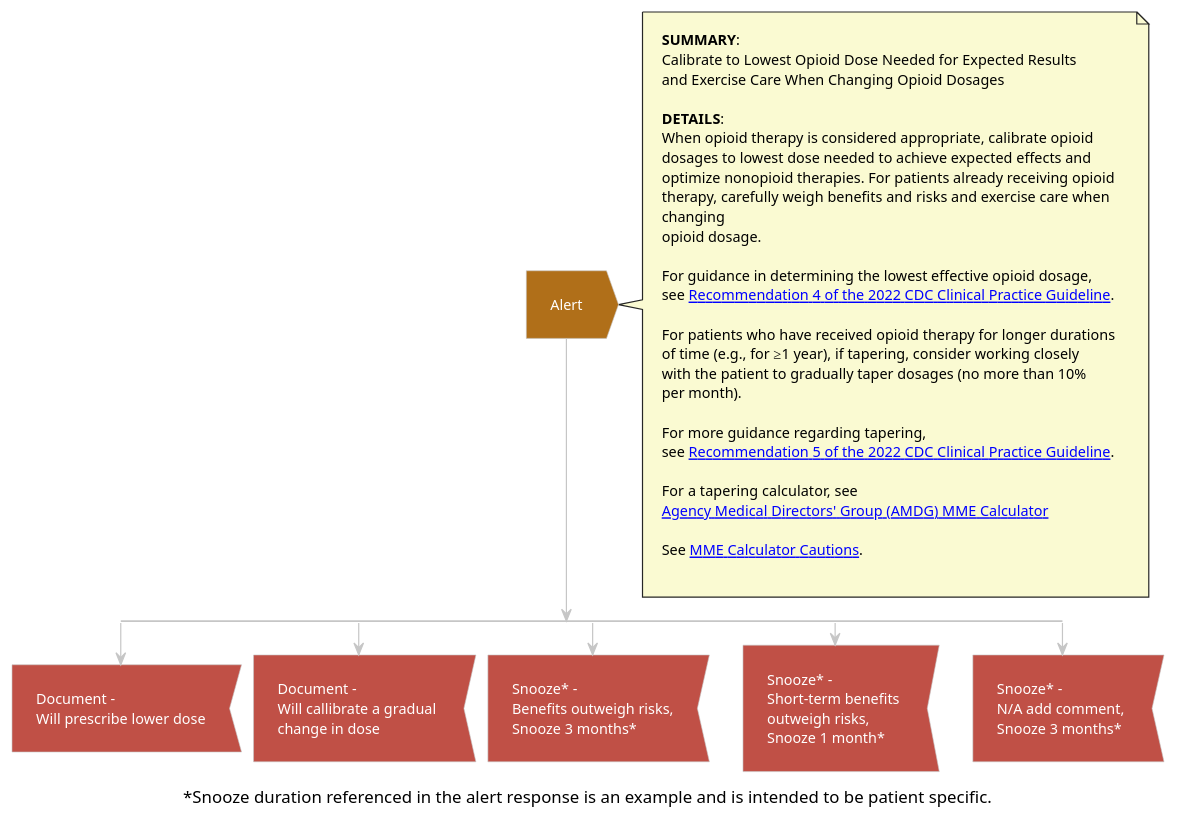
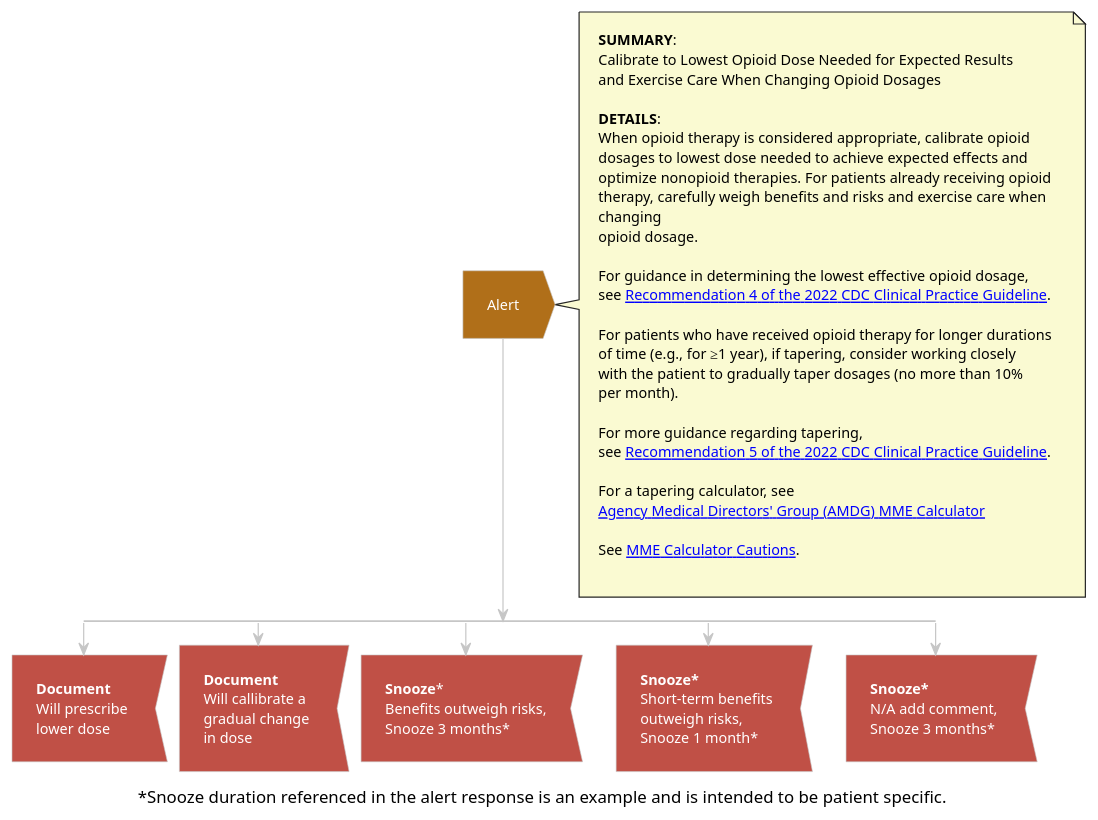
Before and after one commit to security-rs/opioid-cds-r4: the diagram in input/images-source/alert_rec04-05_ordersign.plantuml, drawn with PlantUML.

Commit message:
minor visual improvements to rec 04-05 alerts

```diff
--- a/input/images-source/alert_rec04-05_ordersign.plantuml
+++ b/input/images-source/alert_rec04-05_ordersign.plantuml
@@ -1,73 +1,75 @@
 @startuml alert_rec04-05_ordersign
 !theme carbon-gray
 <style>
 activityDiagram {
  FontColor white
  arrow {
   FontColor: Black
  }
  note {
   FontColor: Black
   BackgroundColor: #fafad2
  }
 }
 </style>
 #b06f19:Alert;<<output>>
 note right
 **SUMMARY**: 
 Calibrate to Lowest Opioid Dose Needed for Expected Results 
 and Exercise Care When Changing Opioid Dosages 
 
 **DETAILS**:
 When opioid therapy is considered appropriate, calibrate opioid 
 dosages to lowest dose needed to achieve expected effects and 
 optimize nonopioid therapies. For patients already receiving opioid 
 therapy, carefully weigh benefits and risks and exercise care when 
 changing 
 opioid dosage.
 
 For guidance in determining the lowest effective opioid dosage, 
 see [[https://www.cdc.gov/mmwr/volumes/71/rr/rr7103a1.htm#Recommendation4 Recommendation 4 of the 2022 CDC Clinical Practice Guideline]].
 
 For patients who have received opioid therapy for longer durations 
 of time (e.g., for ≥1 year), if tapering, consider working closely 
 with the patient to gradually taper dosages (no more than 10% 
 per month).
 
 For more guidance regarding tapering,  
 see [[https://www.cdc.gov/mmwr/volumes/71/rr/rr7103a1.htm#Recommendation5 Recommendation 5 of the 2022 CDC Clinical Practice Guideline]].
 
 For a tapering calculator, see
 [[https://agencymeddirectors.wa.gov/Calculator/TaperDoseCalculator.html Agency Medical Directors' Group (AMDG) MME Calculator]]
 
 See [[index.html#morphine-milligram-equivalent-mme-calculation-cautions MME Calculator Cautions]].
 
 end note
 split
-#c05046:Document - 
-Will prescribe lower dose;<<input>>
+#c05046:**Document**
+Will prescribe 
+lower dose;<<input>>
 kill
 split again
-#c05046:Document - 
-Will callibrate a gradual 
-change in dose;<<input>>
+#c05046:**Document**
+Will callibrate a 
+gradual change 
+in dose;<<input>>
 kill
 split again
-#c05046:Snooze* - 
+#c05046:**Snooze***
 Benefits outweigh risks,
 Snooze 3 months*;<<input>>
 kill
 split again
-#c05046:Snooze* - 
+#c05046:**Snooze* ** 
 Short-term benefits 
 outweigh risks,
 Snooze 1 month*;<<input>>
 kill
 split again
-#c05046:Snooze* - 
+#c05046:**Snooze* ** 
 N/A add comment, 
 Snooze 3 months*;<<input>>
 kill
 end split
 caption ~*Snooze duration referenced in the alert response is an example and is intended to be patient specific.
 @enduml
```
